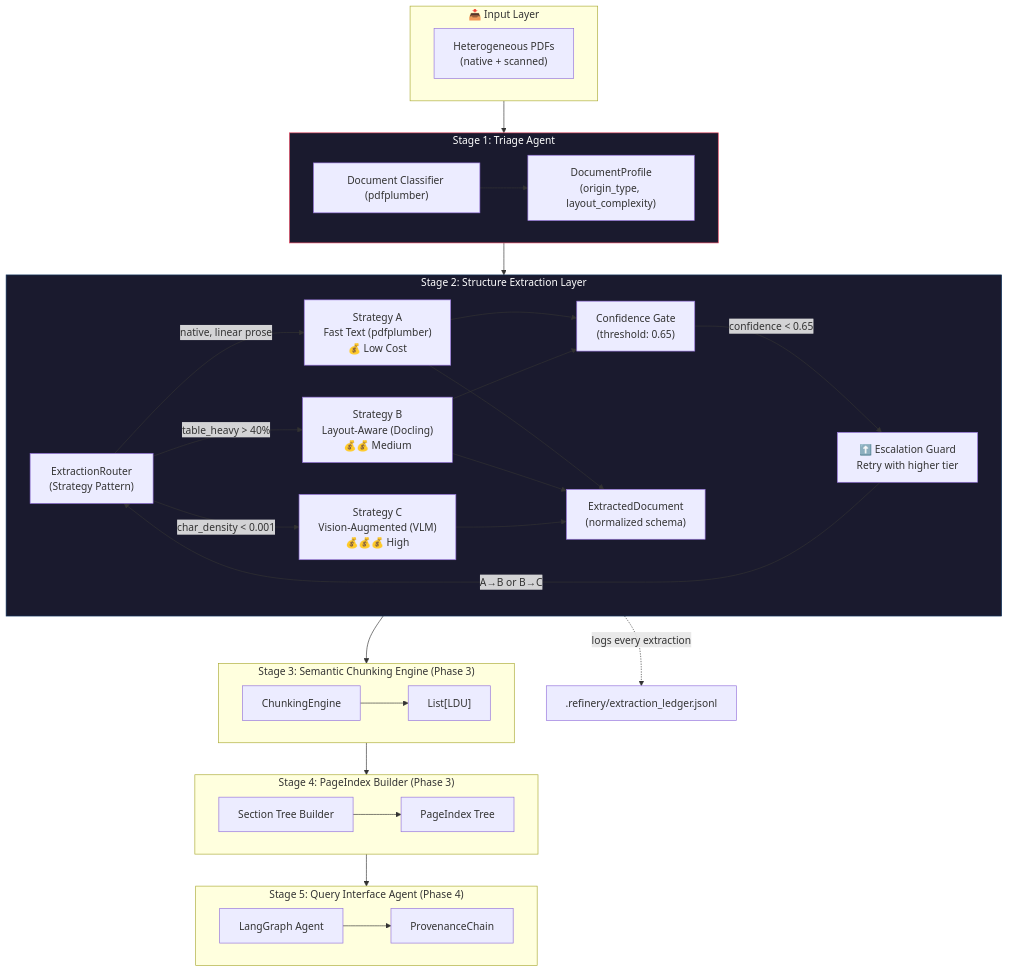
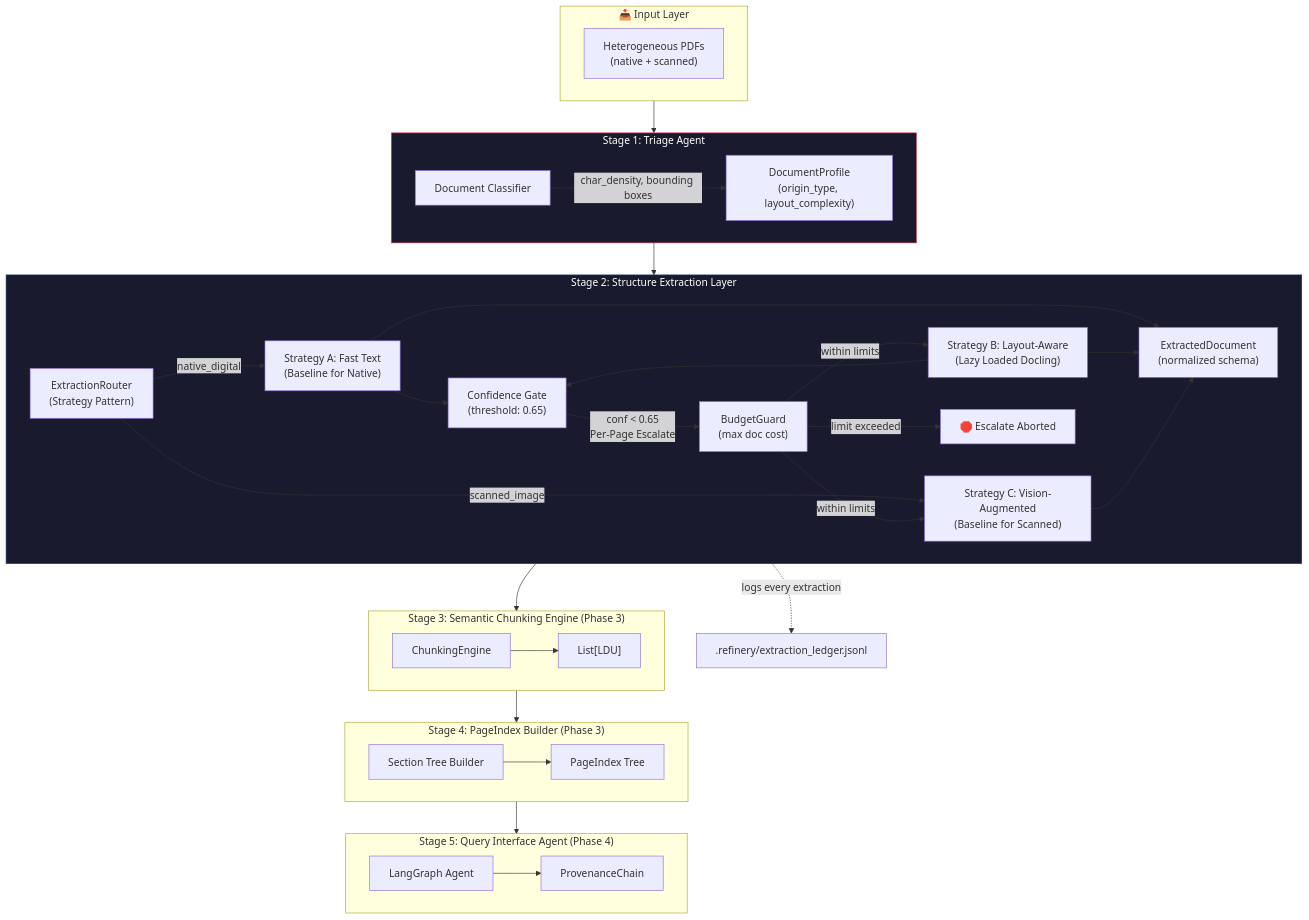
Before and after one commit to lidudagn/document-intelligence-refinery: the diagram in INTERIM_REPORT.md, drawn with Mermaid. The commit also changed other lines of this file, not shown here.

Commit message:
docs: finalize elite interim report polish (deterministic verification, exact cost semantics, budget rules)

````diff
--- a/INTERIM_REPORT.md
+++ b/INTERIM_REPORT.md
@@ -88,57 +92,58 @@
 ```mermaid
 flowchart TB
     subgraph INPUT["📥 Input Layer"]
         PDF["Heterogeneous PDFs\n(native + scanned)"]
     end
 
     subgraph STAGE1["Stage 1: Triage Agent"]
-        TRIAGE["Document Classifier (pdfplumber)"]
+        TRIAGE["Document Classifier"]
         PROFILE["DocumentProfile\n(origin_type, layout_complexity)"]
-        TRIAGE --> PROFILE
+        TRIAGE -->|"char_density, bounding boxes"| PROFILE
     end
 
     subgraph STAGE2["Stage 2: Structure Extraction Layer"]
         ROUTER["ExtractionRouter\n(Strategy Pattern)"]
         
-        SA["Strategy A\nFast Text (pdfplumber)\n💰 Low Cost"]
-        SB["Strategy B\nLayout-Aware (Docling)\n💰💰 Medium"]
-        SC["Strategy C\nVision-Augmented (VLM)\n💰💰💰 High"]
+        SA["Strategy A: Fast Text\n(Baseline for Native)"]
+        SB["Strategy B: Layout-Aware\n(Lazy Loaded Docling)"]
+        SC["Strategy C: Vision-Augmented\n(Baseline for Scanned)"]
         
         GUARD["Confidence Gate\n(threshold: 0.65)"]
-        ESCALATE["⬆️ Escalation Guard\nRetry with higher tier"]
+        BUDGET["BudgetGuard\n(max doc cost)"]
         
-        ROUTER -->|"char_density < 0.001"| SC
-        ROUTER -->|"table_heavy > 40%"| SB
-        ROUTER -->|"native, linear prose"| SA
+        ROUTER -->|"native_digital"| SA
+        ROUTER -->|"scanned_image"| SC
         
         SA & SB --> GUARD
-        GUARD -->|"confidence < 0.65"| ESCALATE
-        ESCALATE -->|"A→B or B→C"| ROUTER
+        GUARD -->|"conf < 0.65\nPer-Page Escalate"| BUDGET
+        BUDGET -->|"within limits"| SB
+        BUDGET -->|"within limits"| SC
+        BUDGET -->|"limit exceeded"| HALT["🛑 Escalate Aborted"]
         
         EXTDOC["ExtractedDocument\n(normalized schema)"]
         SA & SB & SC --> EXTDOC
     end
 
     subgraph STAGE3["Stage 3: Semantic Chunking Engine (Phase 3)"]
         CHUNKER["ChunkingEngine"] --> LDU["List[LDU]"]
     end
 
     subgraph STAGE4["Stage 4: PageIndex Builder (Phase 3)"]
         TREE["Section Tree Builder"] --> PAGEINDEX["PageIndex Tree"]
     end
 
     subgraph STAGE5["Stage 5: Query Interface Agent (Phase 4)"]
         AGENT["LangGraph Agent"] --> PROV["ProvenanceChain"]
     end
 
     INPUT --> STAGE1
     STAGE1 --> STAGE2
     STAGE2 --> STAGE3
     STAGE3 --> STAGE4
     STAGE4 --> STAGE5
 
     STAGE2 -.->|"logs every extraction"| AUDIT[".refinery/extraction_ledger.jsonl"]
 
     style STAGE1 fill:#1a1a2e,stroke:#e94560,color:#fff
     style STAGE2 fill:#1a1a2e,stroke:#0f3460,color:#fff
 ```
````
